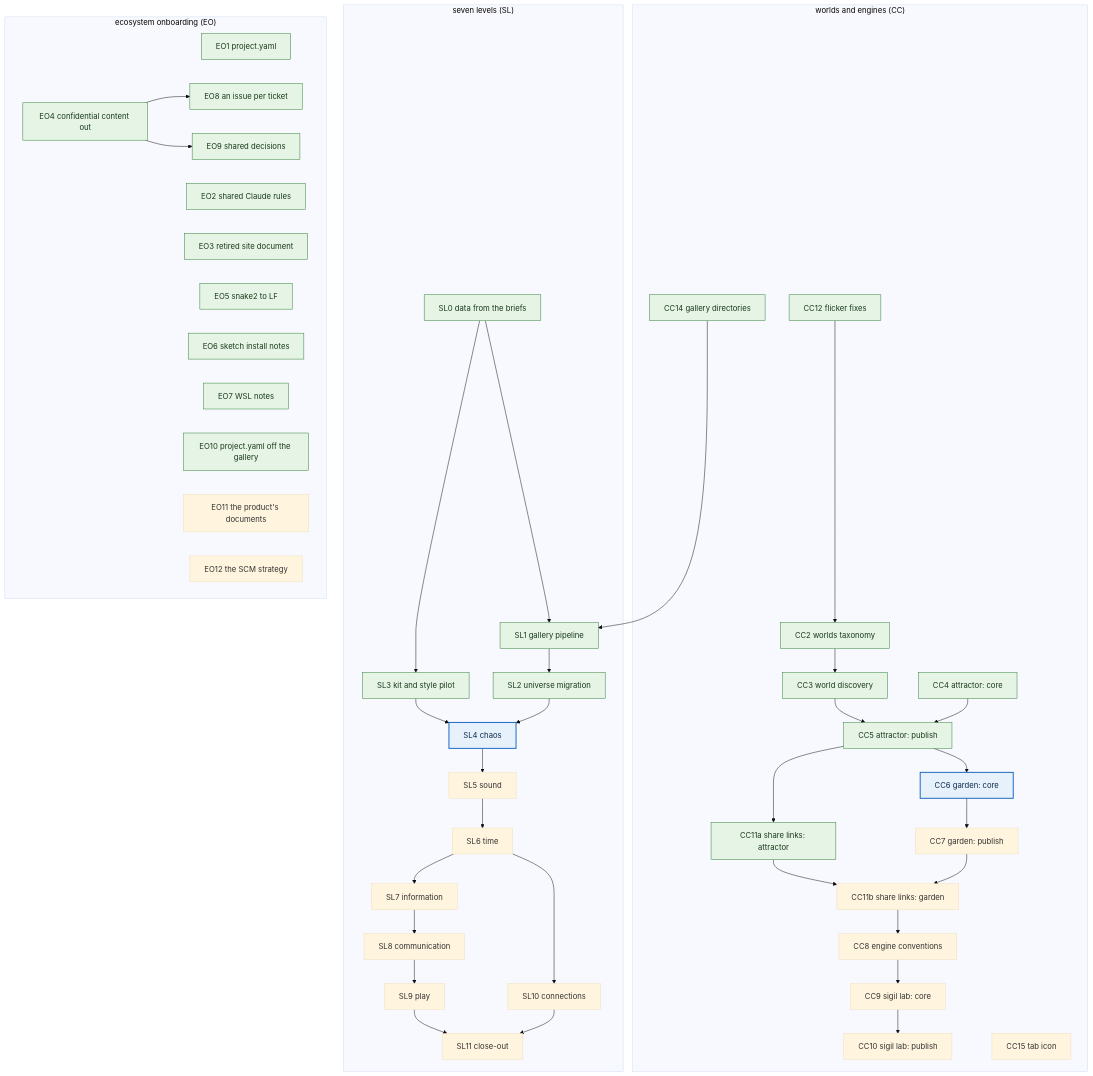
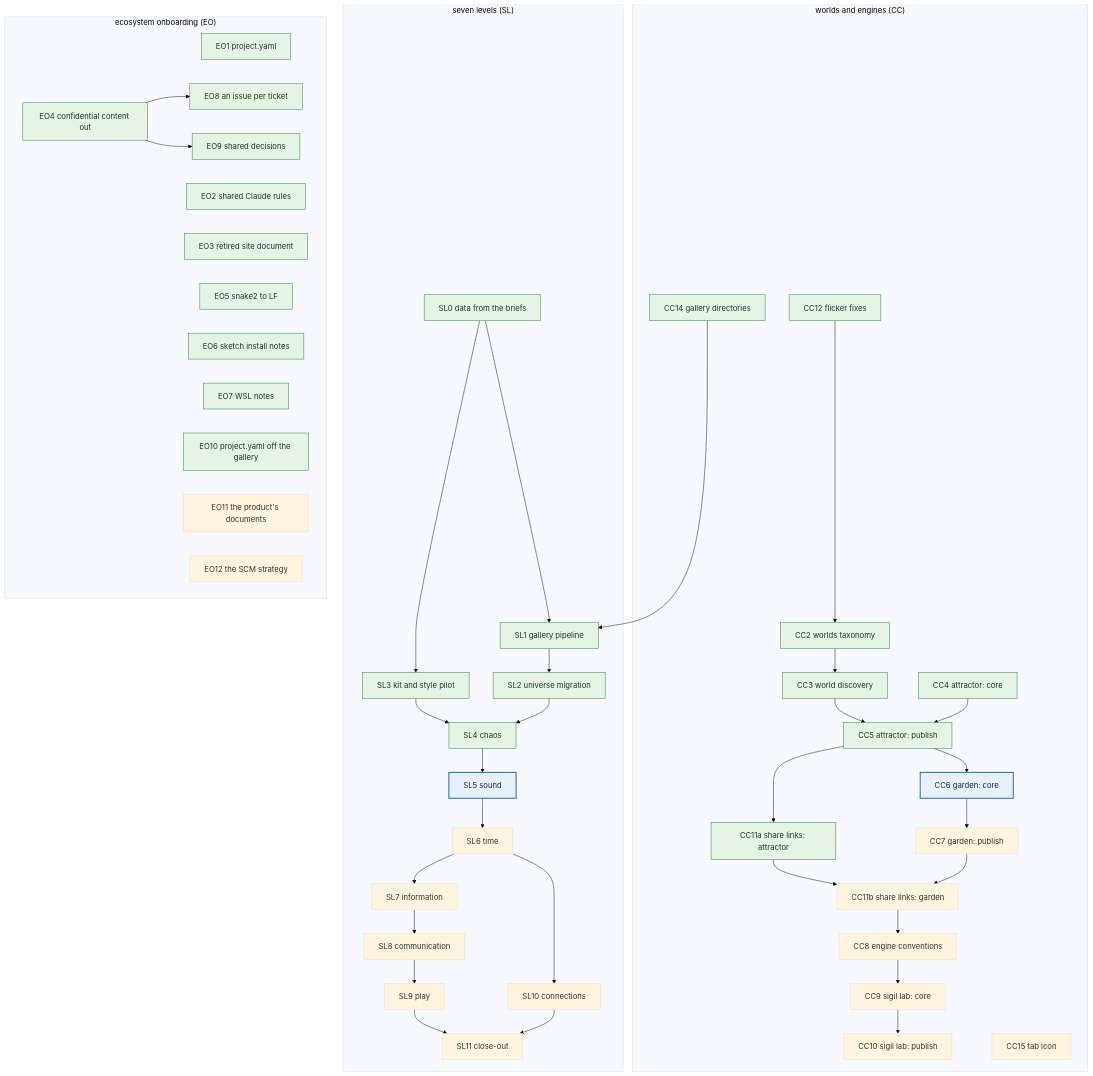
One commit to eigenomarksamy/creative_coding changed the diagram in dev_plan.md. Above: the diagram before and after it, drawn with Mermaid (base theme). The commit also changed other lines of this file, not shown here.

Commit message:
SL4: done, deployed and checked

````diff
--- a/dev_plan.md
+++ b/dev_plan.md
@@ -40,54 +40,54 @@
 ```mermaid
 flowchart TD
   %% when a ticket ships, add it to the done class, move the next class to its lane's next ticket, and update the lanes table above
   subgraph CCL["worlds and engines (CC)"]
     CC12["CC12 flicker fixes"] --> CC2["CC2 worlds taxonomy"]
     CC2 --> CC3["CC3 world discovery"]
     CC3 --> CC5["CC5 attractor: publish"]
     CC4["CC4 attractor: core"] --> CC5
     CC5 --> CC11a["CC11a share links: attractor"]
     CC5 --> CC6["CC6 garden: core"]
     CC6 --> CC7["CC7 garden: publish"]
     CC11a --> CC11b["CC11b share links: garden"]
     CC7 --> CC11b
     CC11b --> CC8["CC8 engine conventions"]
     CC8 --> CC9["CC9 sigil lab: core"]
     CC9 --> CC10["CC10 sigil lab: publish"]
     CC14["CC14 gallery directories"]
     CC15["CC15 tab icon"]
   end
   subgraph SLL["seven levels (SL)"]
     SL0["SL0 data from the briefs"] --> SL1["SL1 gallery pipeline"]
     SL0 --> SL3["SL3 kit and style pilot"]
     SL1 --> SL2["SL2 universe migration"]
     SL3 --> SL4["SL4 chaos"]
     SL2 --> SL4
     SL4 --> SL5["SL5 sound"]
     SL5 --> SL6["SL6 time"]
     SL6 --> SL7["SL7 information"]
     SL7 --> SL8["SL8 communication"]
     SL8 --> SL9["SL9 play"]
     SL6 --> SL10["SL10 connections"]
     SL9 --> SL11["SL11 close-out"]
     SL10 --> SL11
   end
   subgraph EOL["ecosystem onboarding (EO)"]
     EO1["EO1 project.yaml"]
     EO2["EO2 shared Claude rules"]
     EO3["EO3 retired site document"]
     EO4["EO4 confidential content out"] --> EO8["EO8 an issue per ticket"]
     EO4 --> EO9["EO9 shared decisions"]
     EO5["EO5 snake2 to LF"]
     EO6["EO6 sketch install notes"]
     EO7["EO7 WSL notes"]
     EO10["EO10 project.yaml off the gallery"]
     EO11["EO11 the product's documents"]
     EO12["EO12 the SCM strategy"]
   end
   CC14 --> SL1
 
   classDef done fill:#e5f4e4,stroke:#2e7d32,color:#1b3a1d
   classDef next fill:#e7f1fb,stroke:#1565c0,stroke-width:2px,color:#0d2b4e
-  class CC12,CC2,CC3,CC4,CC14,CC5,CC11a,SL0,SL1,SL2,SL3,EO1,EO4,EO2,EO3,EO9,EO8,EO5,EO6,EO7,EO10 done
-  class CC6,SL4 next
+  class CC12,CC2,CC3,CC4,CC14,CC5,CC11a,SL0,SL1,SL2,SL3,SL4,EO1,EO4,EO2,EO3,EO9,EO8,EO5,EO6,EO7,EO10 done
+  class CC6,SL5 next
 ```
````
